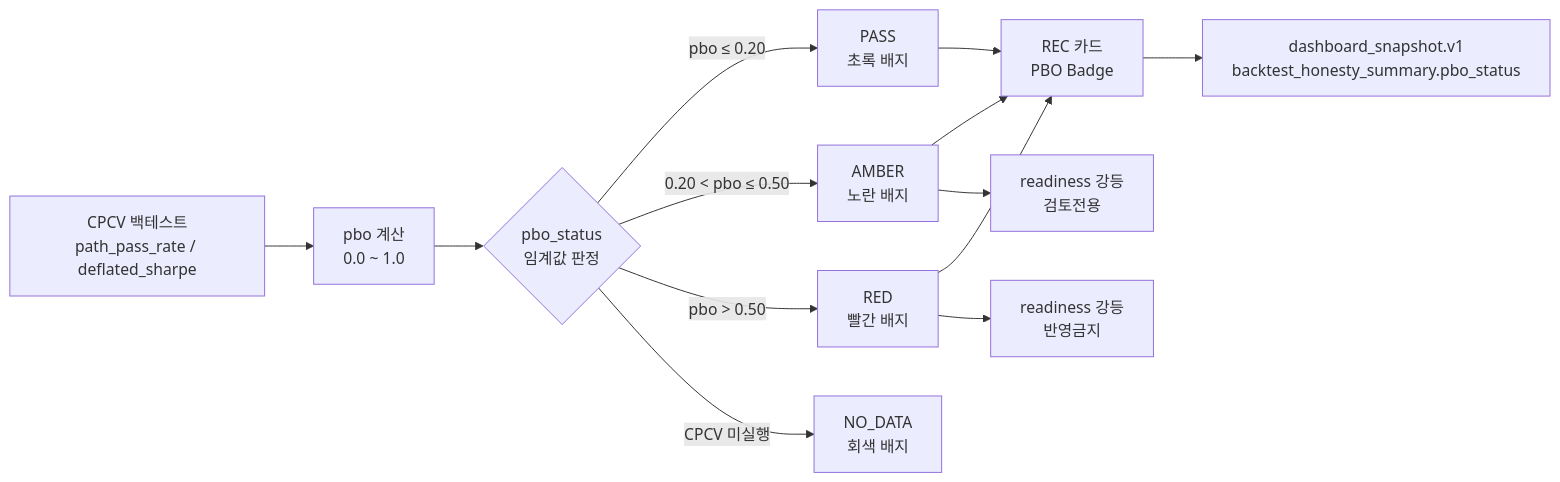
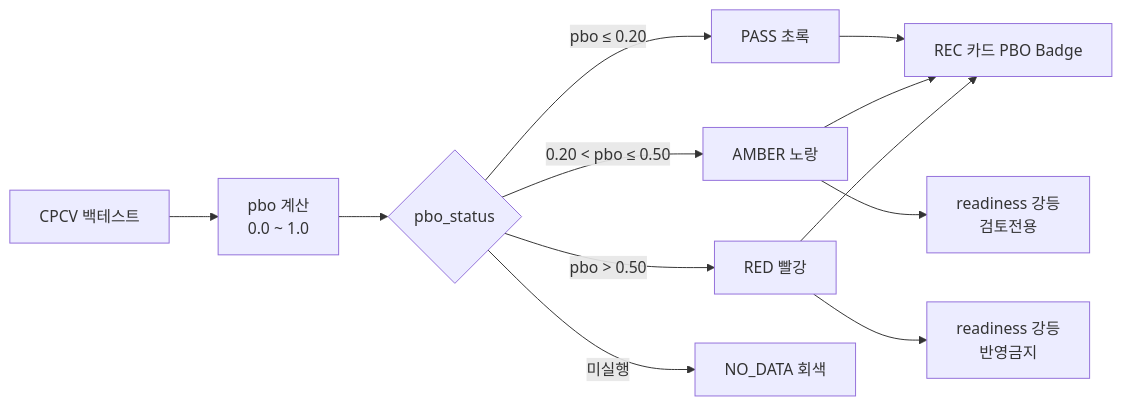
One commit to macho715/stock_hermes changed the fourth of 8 diagrams in README.md. Above: the diagram before and after it, drawn with Mermaid. The commit also changed other lines of this file, not shown here.

````diff
--- a/README.md
+++ b/README.md
@@ -1524,15 +219,14 @@
 ```mermaid
 flowchart LR
-    CPCV[CPCV 백테스트\npath_pass_rate / deflated_sharpe] --> PBO[pbo 계산\n0.0 ~ 1.0]
-    PBO --> Gate{pbo_status\n임계값 판정}
-    Gate -->|pbo ≤ 0.20| PASS[PASS\n초록 배지]
-    Gate -->|0.20 < pbo ≤ 0.50| AMBER[AMBER\n노란 배지]
-    Gate -->|pbo > 0.50| RED[RED\n빨간 배지]
-    Gate -->|CPCV 미실행| ND[NO_DATA\n회색 배지]
-    PASS --> Card[REC 카드\nPBO Badge]
-    AMBER --> Card
-    RED --> Card
+    CPCV[CPCV 백테스트] --> PBO[pbo 계산\n0.0 ~ 1.0]
+    PBO --> Gate{pbo_status}
+    Gate -->|pbo ≤ 0.20| PASS[PASS 초록]
+    Gate -->|0.20 < pbo ≤ 0.50| AMBER[AMBER 노랑]
+    Gate -->|pbo > 0.50| RED[RED 빨강]
+    Gate -->|미실행| ND[NO_DATA 회색]
+    PASS --> Badge[REC 카드 PBO Badge]
+    AMBER --> Badge
+    RED --> Badge
     RED --> Down[readiness 강등\n반영금지]
     AMBER --> Down2[readiness 강등\n검토전용]
-    Card --> Snapshot[dashboard_snapshot.v1\nbacktest_honesty_summary.pbo_status]
 ```
````
